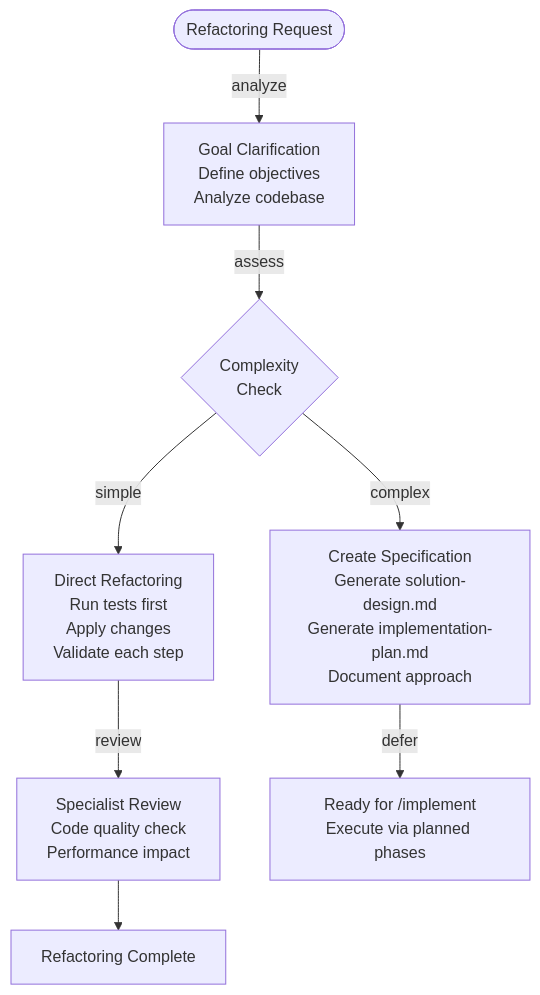
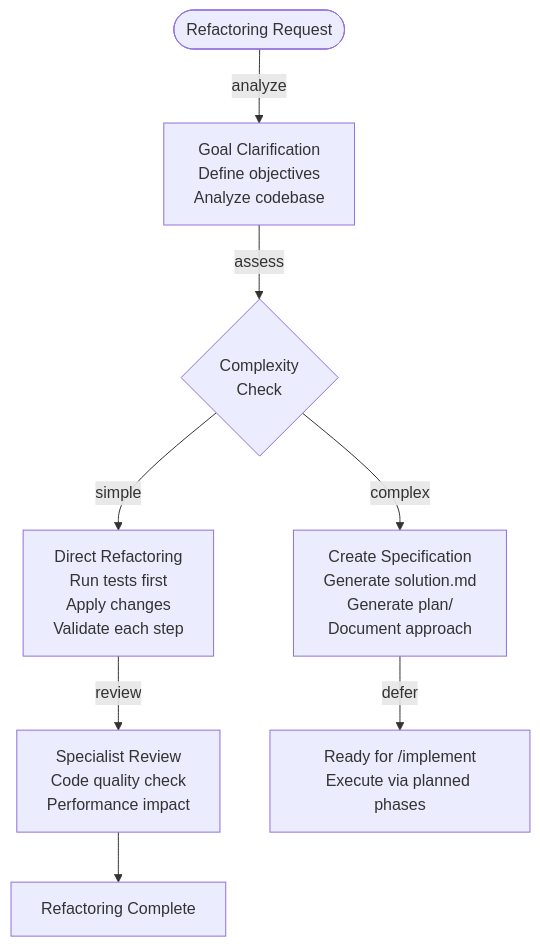
Before and after one commit to rsmdt/the-startup: the eighth of 10 diagrams in plugins/start/README.md, drawn with Mermaid. The commit also changed other lines of this file and 32 other files, not shown here.

````diff
--- a/plugins/start/README.md
+++ b/plugins/start/README.md
@@ -406,10 +406,10 @@
 ```mermaid
 flowchart TD
     A([Refactoring Request]) --> |analyze| B[Goal Clarification<br/>Define objectives<br/>Analyze codebase]
     B --> |assess| C{Complexity<br>Check}
     C --> |simple| D[Direct Refactoring<br/>Run tests first<br/>Apply changes<br/>Validate each step]
     D --> |review| E[Specialist Review<br/>Code quality check<br/>Performance impact]
     E --> DONE[Refactoring Complete]
-    C --> |complex| F[Create Specification<br/>Generate solution-design.md<br/>Generate implementation-plan.md<br/>Document approach]
+    C --> |complex| F[Create Specification<br/>Generate solution.md<br/>Generate plan/<br/>Document approach]
     F --> |defer| G[Ready for /implement<br/>Execute via planned phases]
 ```
````
